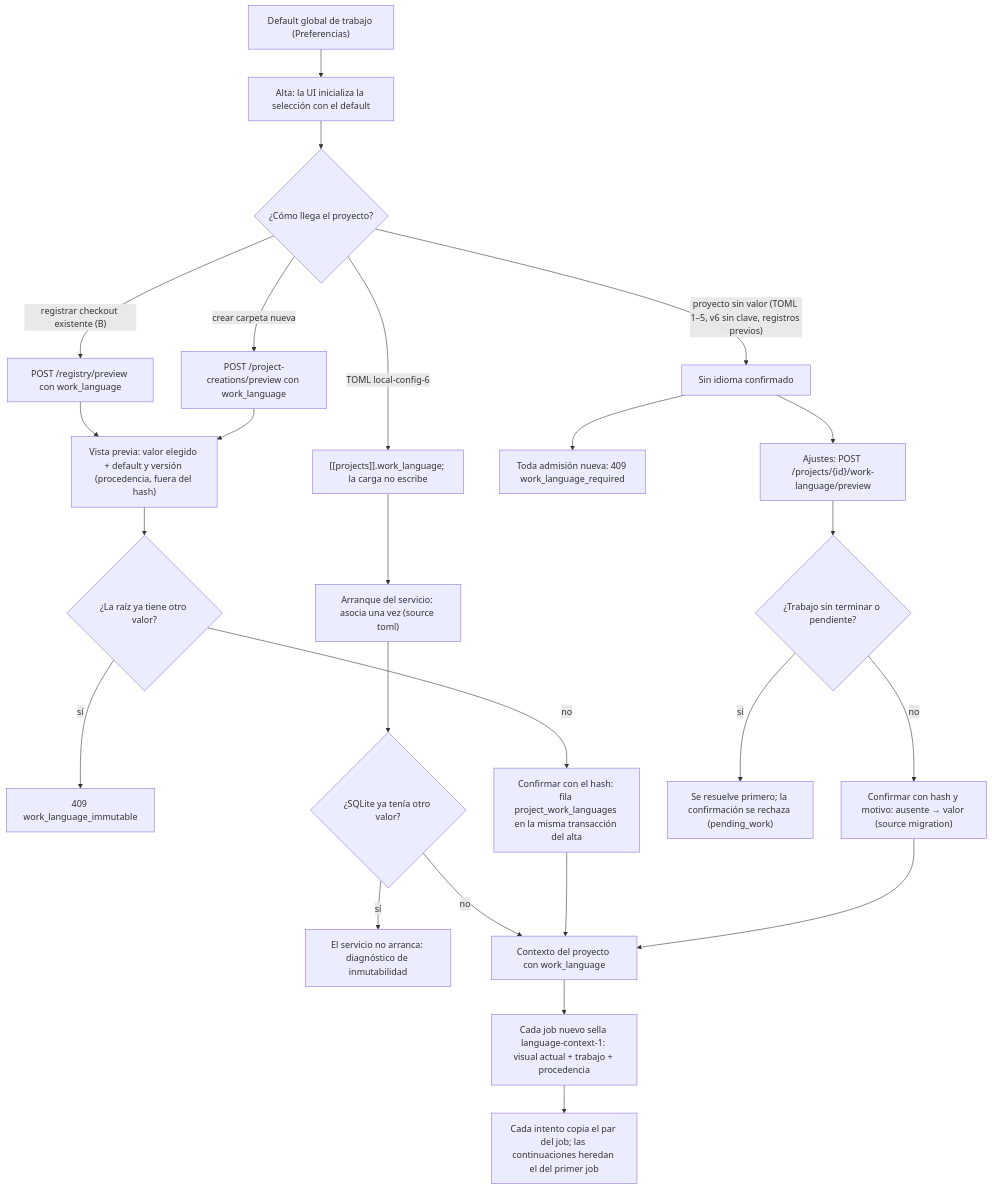
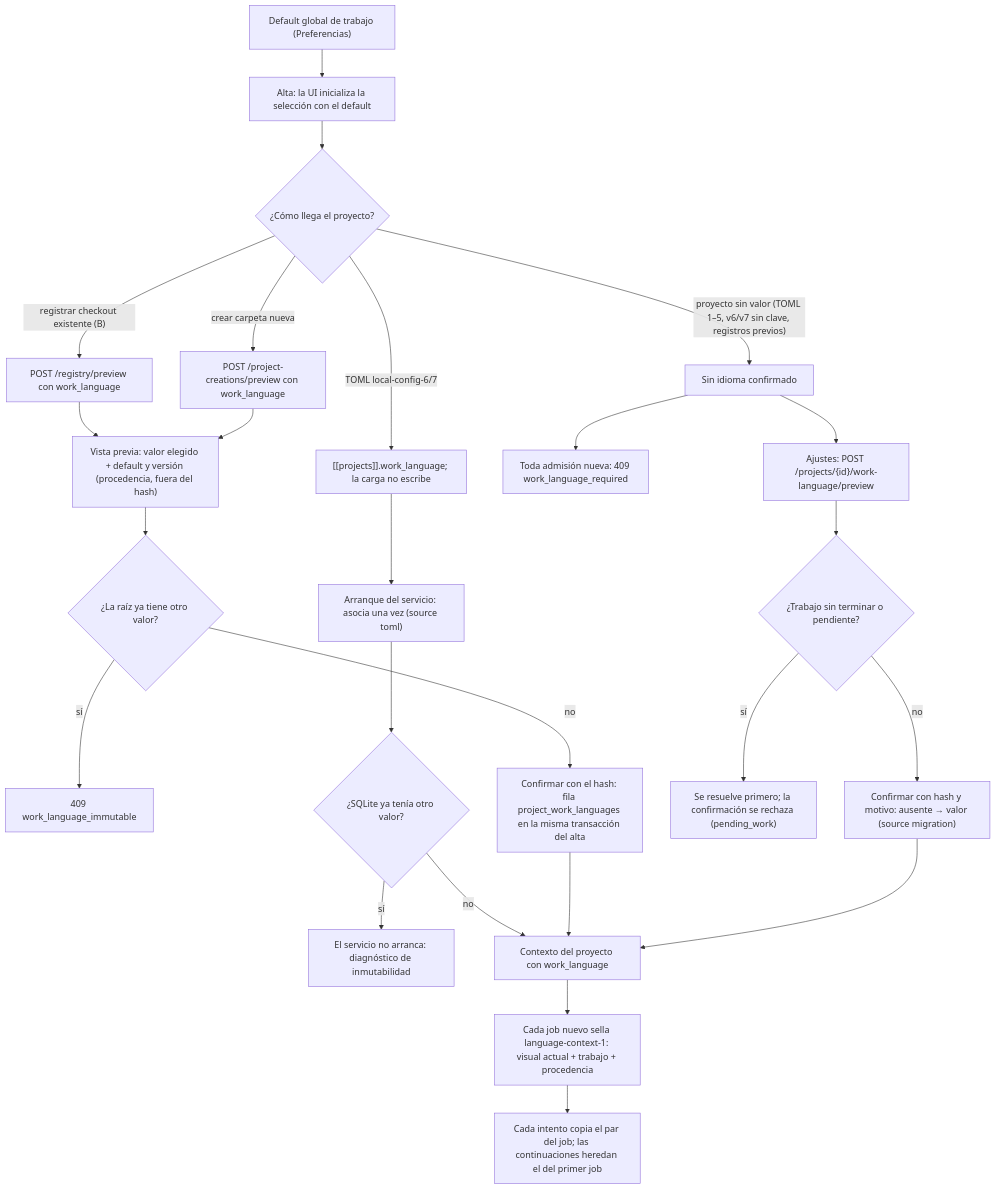
One commit to AcostaDDev/my-harness-archive changed the first of 2 diagrams in docs/flows/project-work-language.md. Above: the diagram before and after it, drawn with Mermaid. The commit also changed other lines of this file and 23 other files, not shown here.

First line of the commit message:
docs: complete P011-T013 semantic audit of diagrams and flows

````diff
--- a/docs/flows/project-work-language.md
+++ b/docs/flows/project-work-language.md
@@ -9,27 +9,27 @@
 ```mermaid
 flowchart TD
     D["Default global de trabajo (Preferencias)"] --> SEL["Alta: la UI inicializa la selección con el default"]
     SEL --> REG{"¿Cómo llega el proyecto?"}
     REG -- "registrar checkout existente (B)" --> RP["POST /registry/preview con work_language"]
     REG -- "crear carpeta nueva" --> CP["POST /project-creations/preview con work_language"]
-    REG -- "TOML local-config-6" --> T6["[[projects]].work_language; la carga no escribe"]
-    REG -- "proyecto sin valor (TOML 1–5, v6 sin clave, registros previos)" --> NO["Sin idioma confirmado"]
+    REG -- "TOML local-config-6/7" --> T6["[[projects]].work_language; la carga no escribe"]
+    REG -- "proyecto sin valor (TOML 1–5, v6/v7 sin clave, registros previos)" --> NO["Sin idioma confirmado"]
     RP --> H["Vista previa: valor elegido + default y versión (procedencia, fuera del hash)"]
     CP --> H
     H --> X{"¿La raíz ya tiene otro valor?"}
     X -- sí --> IM["409 work_language_immutable"]
     X -- no --> CF["Confirmar con el hash: fila project_work_languages en la misma transacción del alta"]
     T6 --> ST["Arranque del servicio: asocia una vez (source toml)"]
     ST --> Y{"¿SQLite ya tenía otro valor?"}
     Y -- sí --> STOP["El servicio no arranca: diagnóstico de inmutabilidad"]
     Y -- no --> OK["Contexto del proyecto con work_language"]
     CF --> OK
     NO --> G["Toda admisión nueva: 409 work_language_required"]
     NO --> MP["Ajustes: POST /projects/{id}/work-language/preview"]
     MP --> MB{"¿Trabajo sin terminar o pendiente?"}
     MB -- sí --> MW["Se resuelve primero; la confirmación se rechaza (pending_work)"]
     MB -- no --> MC["Confirmar con hash y motivo: ausente → valor (source migration)"]
     MC --> OK
     OK --> J["Cada job nuevo sella language-context-1: visual actual + trabajo + procedencia"]
     J --> A["Cada intento copia el par del job; las continuaciones heredan el del primer job"]
 ```
````
